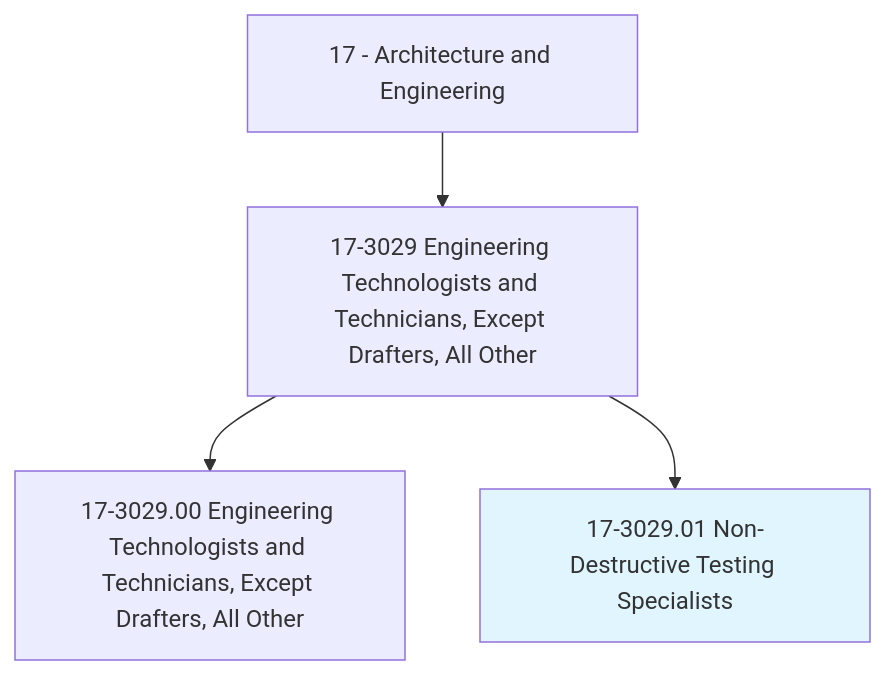
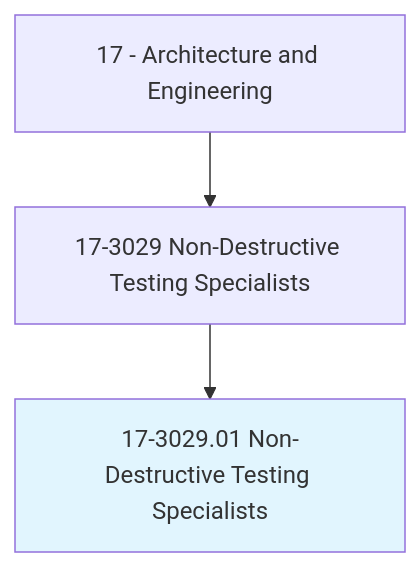
Before and after one commit to kziemski/business.org.ai: the first of 4 diagrams in occupations/Architecture/NonDestructiveTestingSpecialists.mdx, drawn with Mermaid. The commit also changed other lines of this file and 938 other files, not shown here.

````diff
--- a/occupations/Architecture/NonDestructiveTestingSpecialists.mdx
+++ b/occupations/Architecture/NonDestructiveTestingSpecialists.mdx
@@ -19,7 +23,6 @@
 ```mermaid
 graph TD
-    Cat17["17 - Architecture and Engineering"] --> Group173029["17-3029 Engineering Technologists and Technicians, Except Drafters, All Other"]
-    Group173029 --> Base["17-3029.00 Engineering Technologists and Technicians, Except Drafters, All Other"]
+    Cat17["17 - Architecture and Engineering"] --> Group173029["17-3029 Non-Destructive Testing Specialists"]
     Group173029 --> Current["17-3029.01 Non-Destructive Testing Specialists"]
     style Current fill:#e1f5fe
 ```
````
